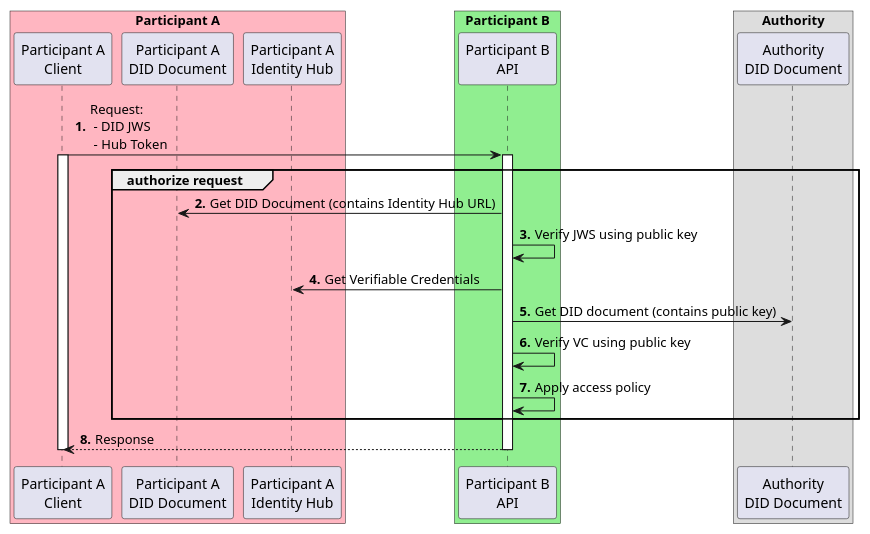
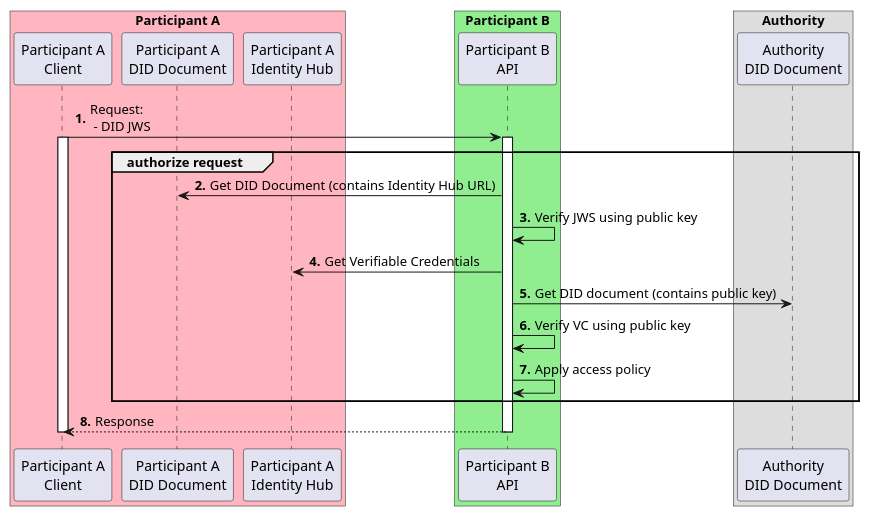
One commit to chrislomonico/MinimumViableDataspace changed the diagram in docs/developer/decision-records/2022-06-16-distributed-authorization/distributed-authorization.puml. Above: the diagram before and after it, drawn with PlantUML. The commit also changed 2 other files, not shown here.

```diff
--- a/docs/developer/decision-records/2022-06-16-distributed-authorization/distributed-authorization.puml
+++ b/docs/developer/decision-records/2022-06-16-distributed-authorization/distributed-authorization.puml
@@ -1,27 +1,27 @@
 @startuml
 autonumber "<b>0'.'"
 box "Participant A" #LightPink
 Participant "Participant A\nClient" as ParticipantA
 Participant "Participant A\nDID Document" as DID
 Participant "Participant A\nIdentity Hub" as IDHUB
 end box
 box "Participant B" #LightGreen
 Participant "Participant B\nAPI" as B
 end box
 box "Authority"
 Participant "Authority\nDID Document" as Auth
 end box
-ParticipantA -> B ++: Request:\n - DID JWS\n - Hub Token
+ParticipantA -> B ++: Request:\n - DID JWS
 activate ParticipantA
 group authorize request
   B -> DID: Get DID Document (contains Identity Hub URL)
   B -> B: Verify JWS using public key
   B -> IDHUB: Get Verifiable Credentials
   B -> Auth: Get DID document (contains public key)
   B -> B: Verify VC using public key
   B -> B: Apply access policy
 end
 return Response
 deactivate ParticipantA
 
 @enduml
```
